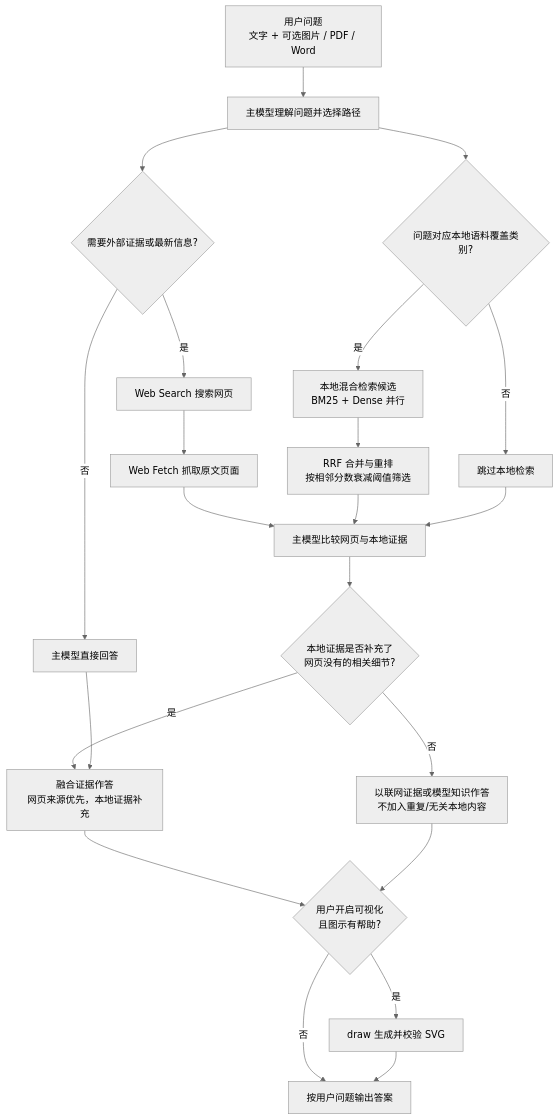
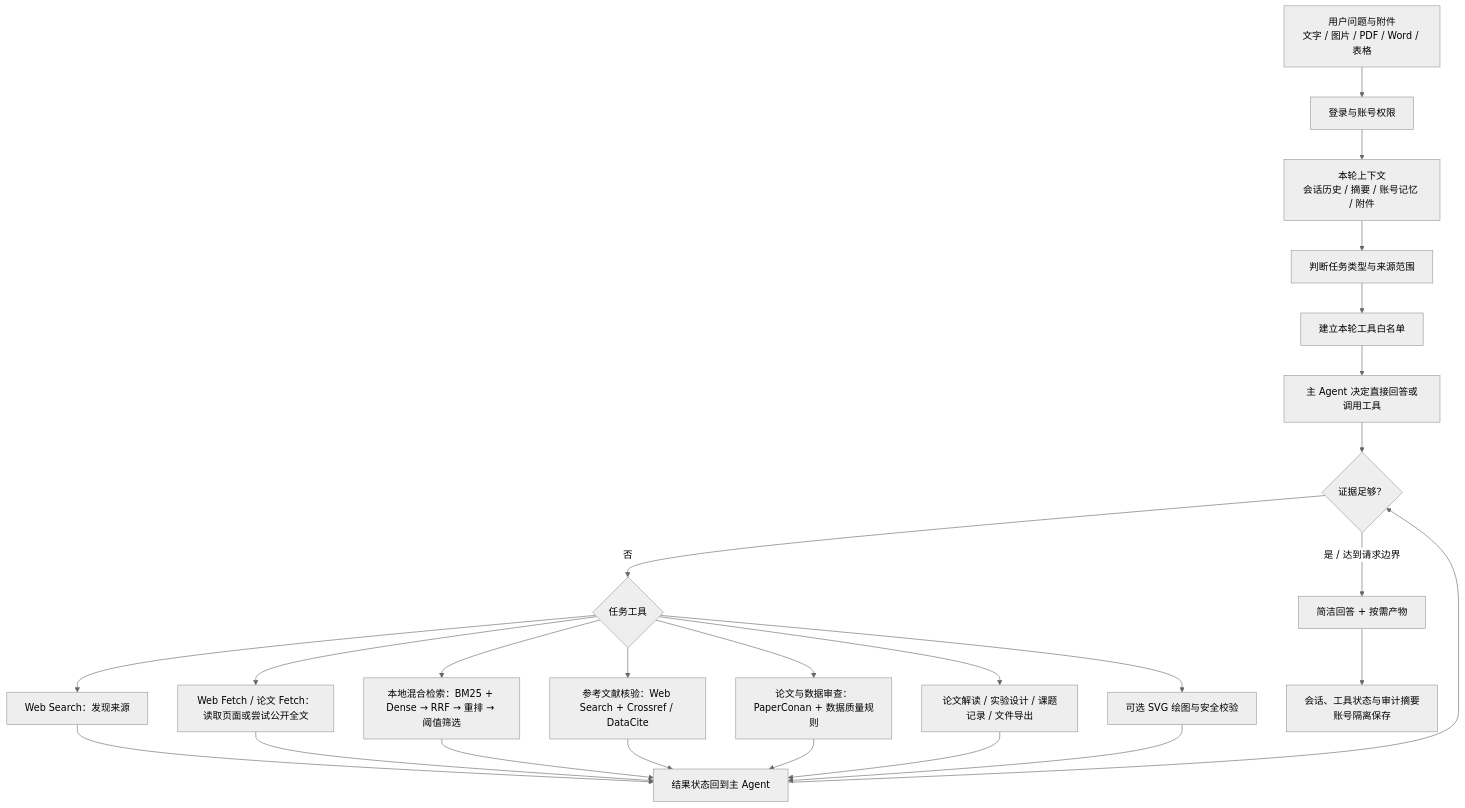
The diagram in README.md (w1-23/citrus-qa-agent), drawn with Mermaid (neutral theme) before and after one commit. The commit also changed other lines of this file and 74 other files, not shown here.

````diff
--- a/README.md
+++ b/README.md
@@ -9,24 +9,27 @@
-```mermaid
+~~~mermaid
 flowchart TD
-    U[用户问题<br/>文字 + 可选图片 / PDF / Word] --> M[主模型理解问题并选择路径]
-    M --> W{需要外部证据或最新信息?}
-    W -- 是 --> WS[Web Search 搜索网页]
-    WS --> WF[Web Fetch 抓取原文页面]
-    W -- 否 --> D[主模型直接回答]
-    M --> C{问题对应本地语料覆盖类别?}
-    C -- 否 --> SKIP[跳过本地检索]
-    C -- 是 --> LR[本地混合检索候选<br/>BM25 + Dense 并行]
-    LR --> RRF[RRF 合并与重排<br/>按相邻分数衰减阈值筛选]
-    WF --> E[主模型比较网页与本地证据]
-    RRF --> E
-    SKIP --> E
-    E --> S{本地证据是否补充了<br/>网页没有的相关细节?}
-    S -- 是 --> A[融合证据作答<br/>网页来源优先，本地证据补充]
-    S -- 否 --> A2[以联网证据或模型知识作答<br/>不加入重复/无关本地内容]
-    D --> A
-    A --> V{用户开启可视化<br/>且图示有帮助?}
-    A2 --> V
-    V -- 是 --> SVG[draw 生成并校验 SVG]
-    V -- 否 --> OUT[按用户问题输出答案]
-    SVG --> OUT
-```
+    U[用户问题与附件<br/>文字 / 图片 / PDF / Word / 表格] --> AUTH[登录与账号权限]
+    AUTH --> CTX[本轮上下文<br/>会话历史 / 摘要 / 账号记忆 / 附件]
+    CTX --> ROUTE[判断任务类型与来源范围]
+    ROUTE --> ALLOW[建立本轮工具白名单]
+    ALLOW --> AGENT[主 Agent 决定直接回答或调用工具]
+    AGENT --> LOOP{证据足够？}
+    LOOP -- 否 --> TOOL{任务工具}
+    TOOL --> WEB[Web Search：发现来源]
+    TOOL --> FETCH[Web Fetch / 论文 Fetch：读取页面或尝试公开全文]
+    TOOL --> RAG[本地混合检索：BM25 + Dense → RRF → 重排 → 阈值筛选]
+    TOOL --> REF[参考文献核验：Web Search + Crossref / DataCite]
+    TOOL --> AUDIT[论文与数据审查：PaperConan + 数据质量规则]
+    TOOL --> SCI[论文解读 / 实验设计 / 课题记录 / 文件导出]
+    TOOL --> SVG[可选 SVG 绘图与安全校验]
+    WEB --> BACK[结果状态回到主 Agent]
+    FETCH --> BACK
+    RAG --> BACK
+    REF --> BACK
+    AUDIT --> BACK
+    SCI --> BACK
+    SVG --> BACK
+    BACK --> LOOP
+    LOOP -- 是 / 达到请求边界 --> OUT[简洁回答 + 按需产物]
+    OUT --> SAVE[会话、工具状态与审计摘要<br/>账号隔离保存]
+~~~
````
